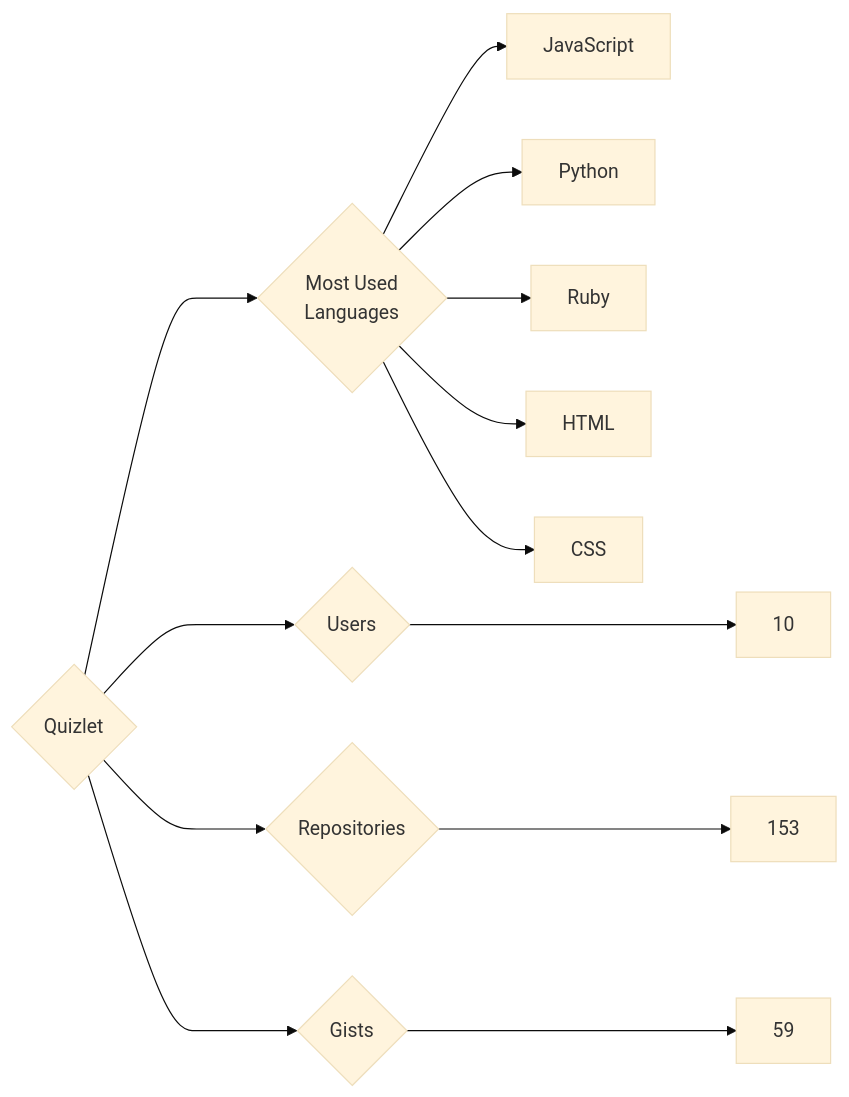
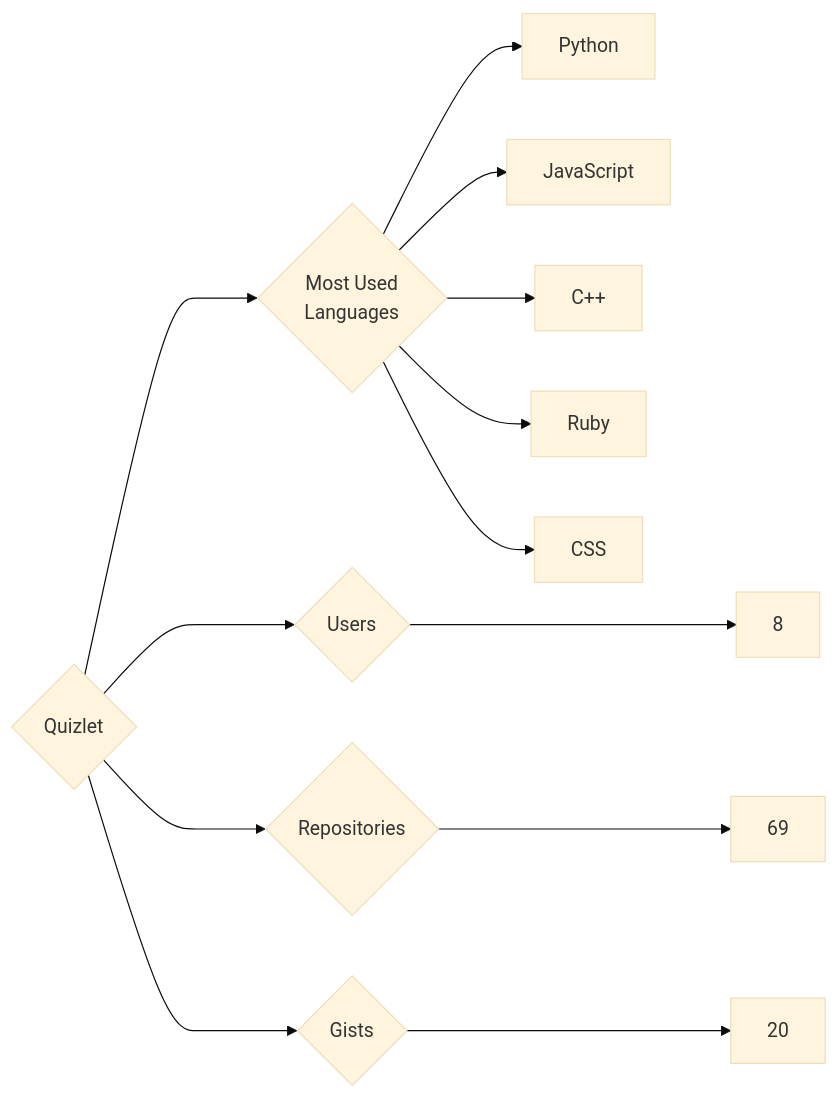
One commit to trickest/insiders changed the diagram in targets/Quizlet/README.md. Above: the diagram before and after it, drawn with Mermaid (base theme). The commit also changed 1496 other files, not shown here.

````diff
--- a/targets/Quizlet/README.md
+++ b/targets/Quizlet/README.md
@@ -3,13 +3,13 @@
 ```mermaid
 graph LR
 COMPANY_NAME{Quizlet}
-COMPANY_NAME ---> U{Users} ---> UN[10]
-COMPANY_NAME ---> R{Repositories} ---> RN[153]
-COMPANY_NAME ---> G{Gists} ---> GN[59]
+COMPANY_NAME ---> U{Users} ---> UN[8]
+COMPANY_NAME ---> R{Repositories} ---> RN[69]
+COMPANY_NAME ---> G{Gists} ---> GN[20]
 COMPANY_NAME ---> ML{Most Used<br>Languages}
+ML --> Python[Python]
 ML --> JavaScript[JavaScript]
-ML --> Python[Python]
+ML --> C++[C++]
 ML --> Ruby[Ruby]
-ML --> HTML[HTML]
 ML --> CSS[CSS]
 ```
````
